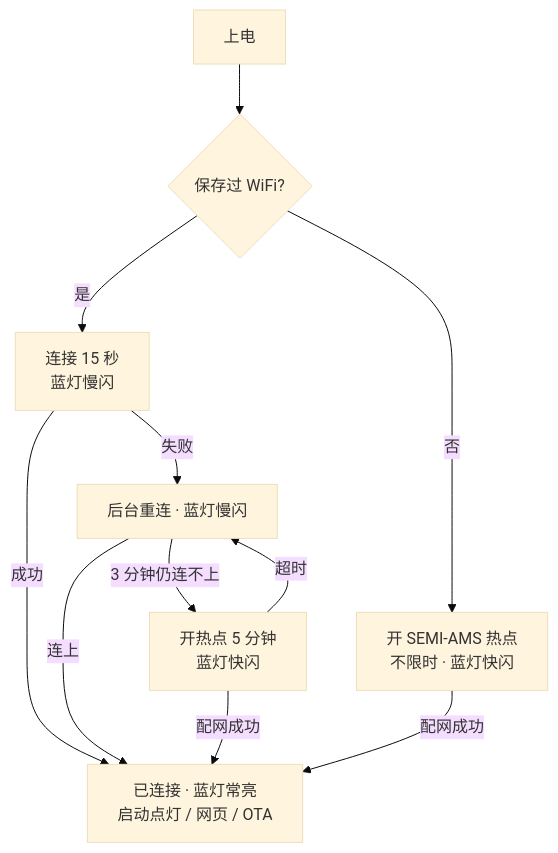
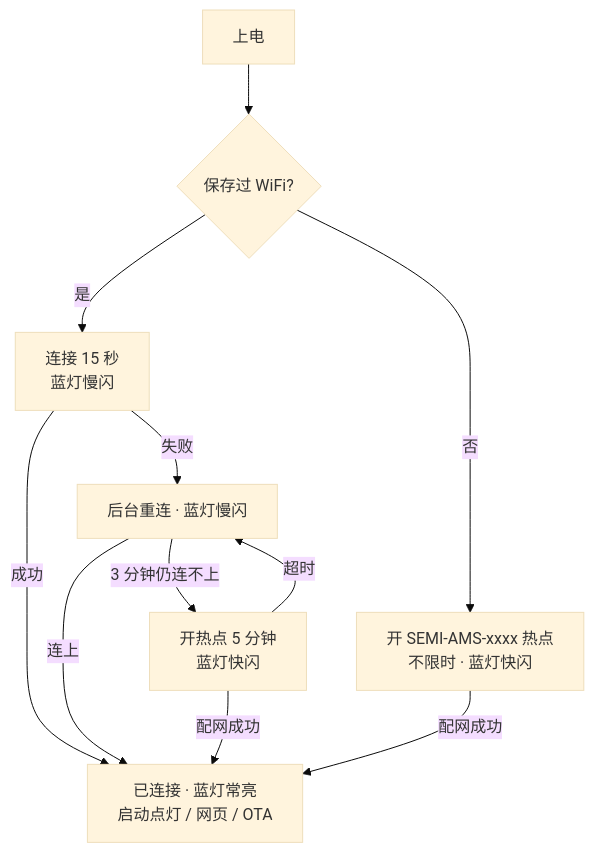
The third of 4 diagrams in firmware/docs/SEMI-AMS固件文档.md (pzgz/semi-ams), drawn with Mermaid (base theme) before and after one commit. The commit also changed other lines of this file and 3 other files, not shown here.

````diff
--- a/firmware/docs/SEMI-AMS固件文档.md
+++ b/firmware/docs/SEMI-AMS固件文档.md
@@ -326,13 +326,13 @@
 ```mermaid
 flowchart TD
   S["上电"] --> Q{"保存过 WiFi?"}
-  Q -- "否" --> P1["开 SEMI-AMS 热点<br/>不限时 · 蓝灯快闪"]
+  Q -- "否" --> P1["开 SEMI-AMS-xxxx 热点<br/>不限时 · 蓝灯快闪"]
   Q -- "是" --> C["连接 15 秒<br/>蓝灯慢闪"]
   C -- "成功" --> ON["已连接 · 蓝灯常亮<br/>启动点灯 / 网页 / OTA"]
   C -- "失败" --> OFF["后台重连 · 蓝灯慢闪"]
   OFF -- "连上" --> ON
   OFF -- "3 分钟仍连不上" --> P2["开热点 5 分钟<br/>蓝灯快闪"]
   P2 -- "配网成功" --> ON
   P2 -- "超时" --> OFF
   P1 -- "配网成功" --> ON
 ```
````
